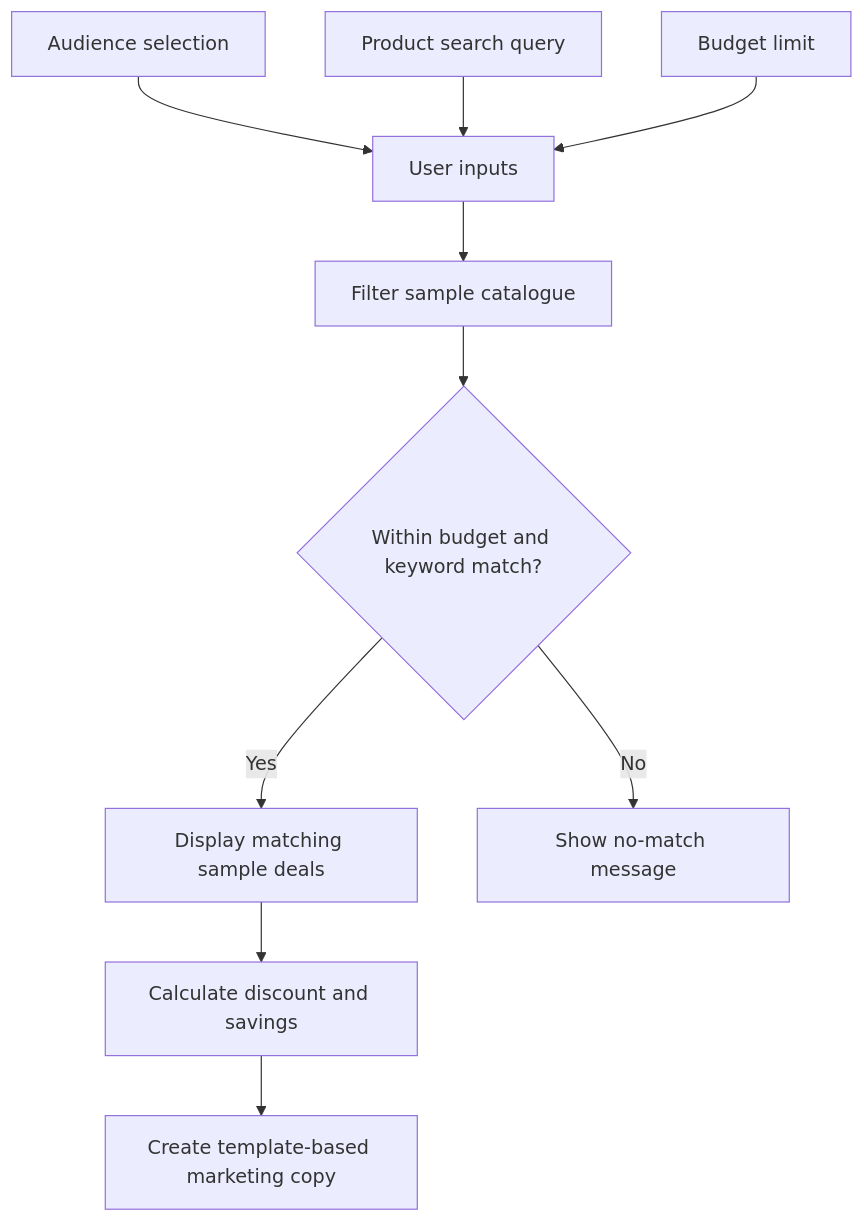
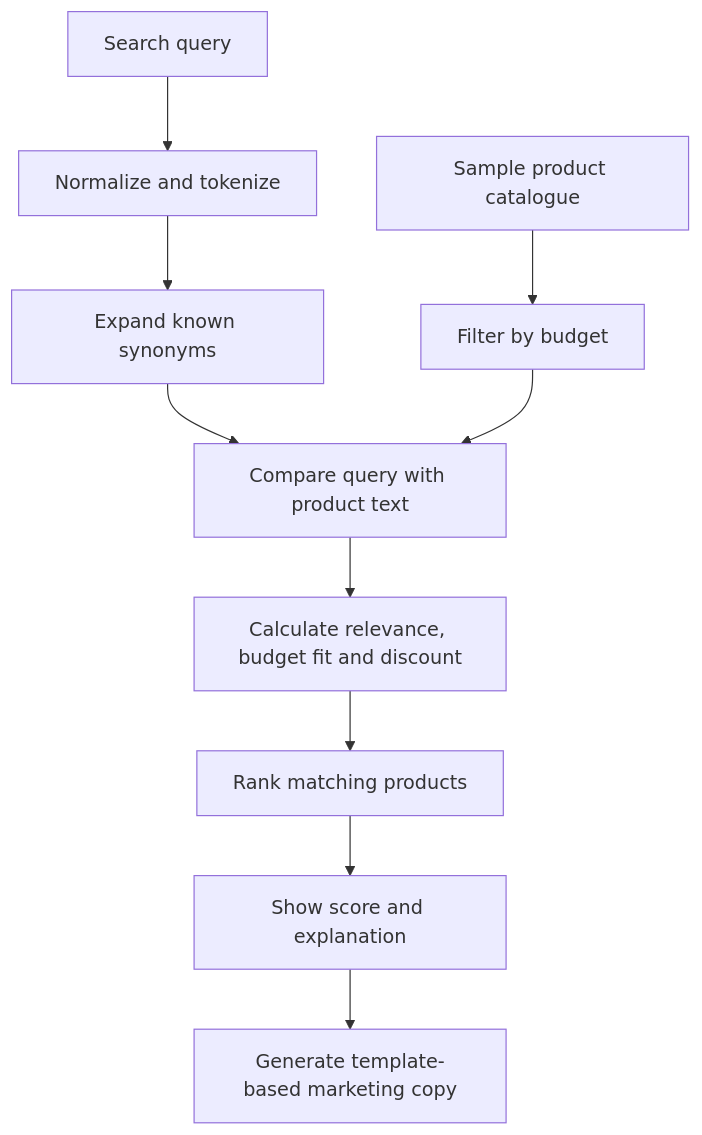
The diagram in README.md (AakankshLabs/ai-deal-agent), drawn with Mermaid before and after one commit. The commit also changed other lines of this file, not shown here.

````diff
--- a/README.md
+++ b/README.md
@@ -35,12 +46,12 @@
 ```mermaid
 flowchart TD
-    A[Audience selection] --> D[User inputs]
-    B[Product search query] --> D
-    C[Budget limit] --> D
-    D --> E[Filter sample catalogue]
-    E --> F{Within budget and keyword match?}
-    F -->|Yes| G[Display matching sample deals]
-    G --> H[Calculate discount and savings]
-    H --> I[Create template-based marketing copy]
-    F -->|No| J[Show no-match message]
+    A[Search query] --> B[Normalize and tokenize]
+    B --> C[Expand known synonyms]
+    D[Sample product catalogue] --> E[Filter by budget]
+    C --> F[Compare query with product text]
+    E --> F
+    F --> G[Calculate relevance, budget fit and discount]
+    G --> H[Rank matching products]
+    H --> I[Show score and explanation]
+    I --> J[Generate template-based marketing copy]
 ```
````
